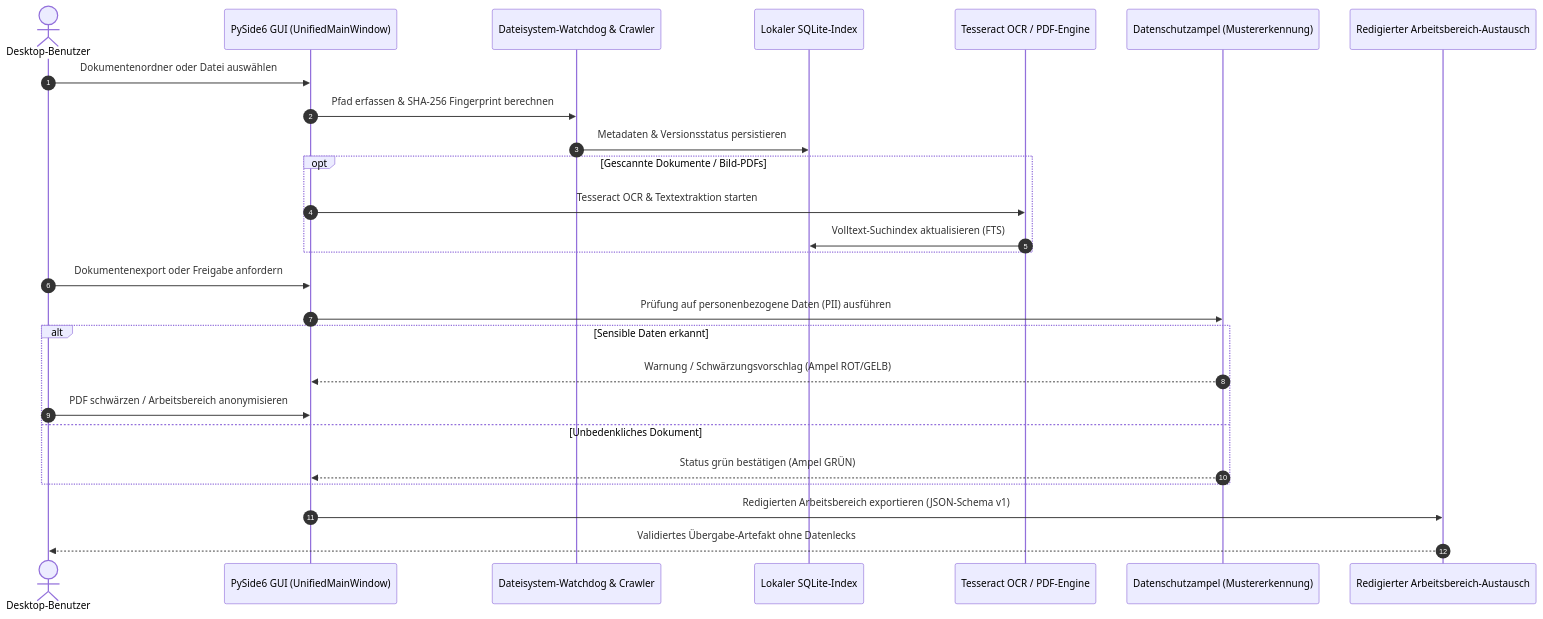
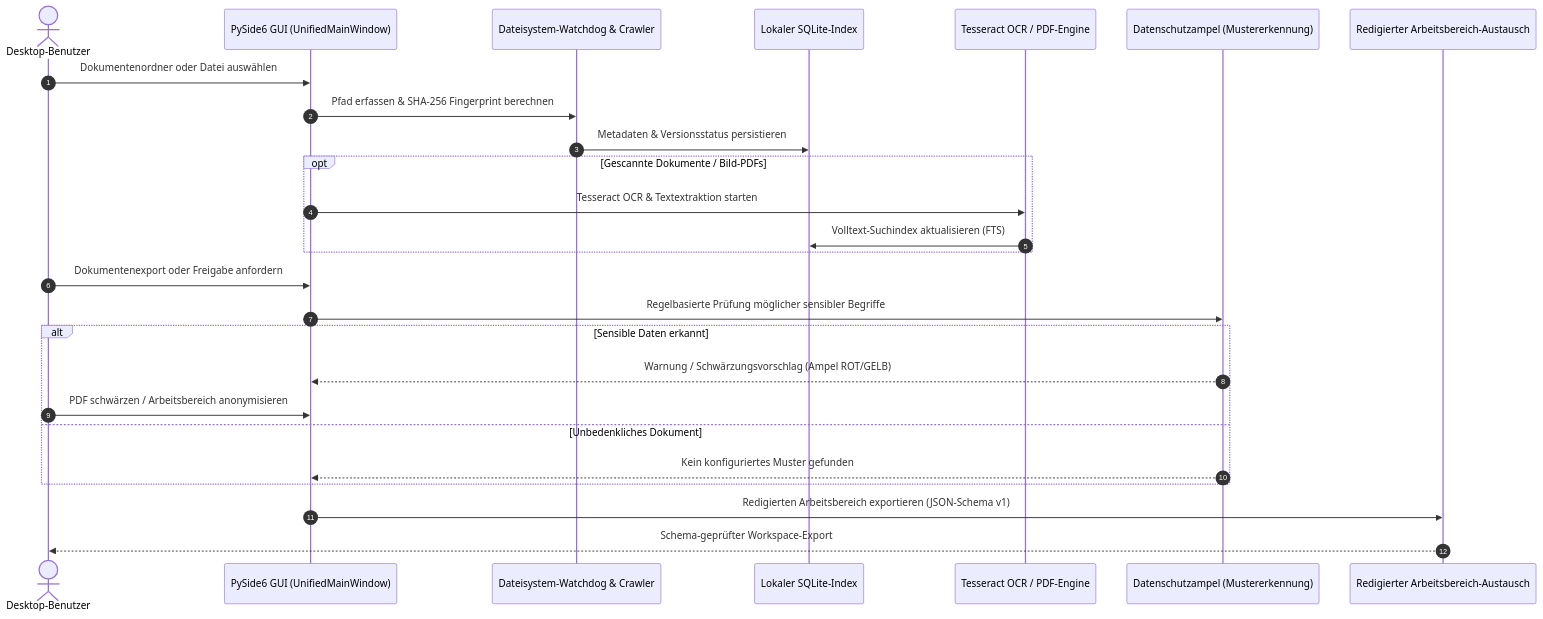
The second of 2 diagrams in README_de.md (file-bricks/ProFiler), drawn with Mermaid before and after one commit. The commit also changed other lines of this file and 13 other files, not shown here.

````diff
--- a/README_de.md
+++ b/README_de.md
@@ -115,29 +115,29 @@
 ```mermaid
 sequenceDiagram
     autonumber
     actor User as Desktop-Benutzer
     participant UI as PySide6 GUI (UnifiedMainWindow)
     participant Crawler as Dateisystem-Watchdog & Crawler
     participant Index as Lokaler SQLite-Index
     participant OCR as Tesseract OCR / PDF-Engine
     participant Gate as Datenschutzampel (Mustererkennung)
     participant Exchange as Redigierter Arbeitsbereich-Austausch
 
     User->>UI: Dokumentenordner oder Datei auswählen
     UI->>Crawler: Pfad erfassen & SHA-256 Fingerprint berechnen
     Crawler->>Index: Metadaten & Versionsstatus persistieren
     opt Gescannte Dokumente / Bild-PDFs
         UI->>OCR: Tesseract OCR & Textextraktion starten
         OCR->>Index: Volltext-Suchindex aktualisieren (FTS)
     end
     User->>UI: Dokumentenexport oder Freigabe anfordern
-    UI->>Gate: Prüfung auf personenbezogene Daten (PII) ausführen
+    UI->>Gate: Regelbasierte Prüfung möglicher sensibler Begriffe
     alt Sensible Daten erkannt
         Gate-->>UI: Warnung / Schwärzungsvorschlag (Ampel ROT/GELB)
         User->>UI: PDF schwärzen / Arbeitsbereich anonymisieren
     else Unbedenkliches Dokument
-        Gate-->>UI: Status grün bestätigen (Ampel GRÜN)
+        Gate-->>UI: Kein konfiguriertes Muster gefunden
     end
     UI->>Exchange: Redigierten Arbeitsbereich exportieren (JSON-Schema v1)
-    Exchange-->>User: Validiertes Übergabe-Artefakt ohne Datenlecks
+    Exchange-->>User: Schema-geprüfter Workspace-Export
 ```
````
